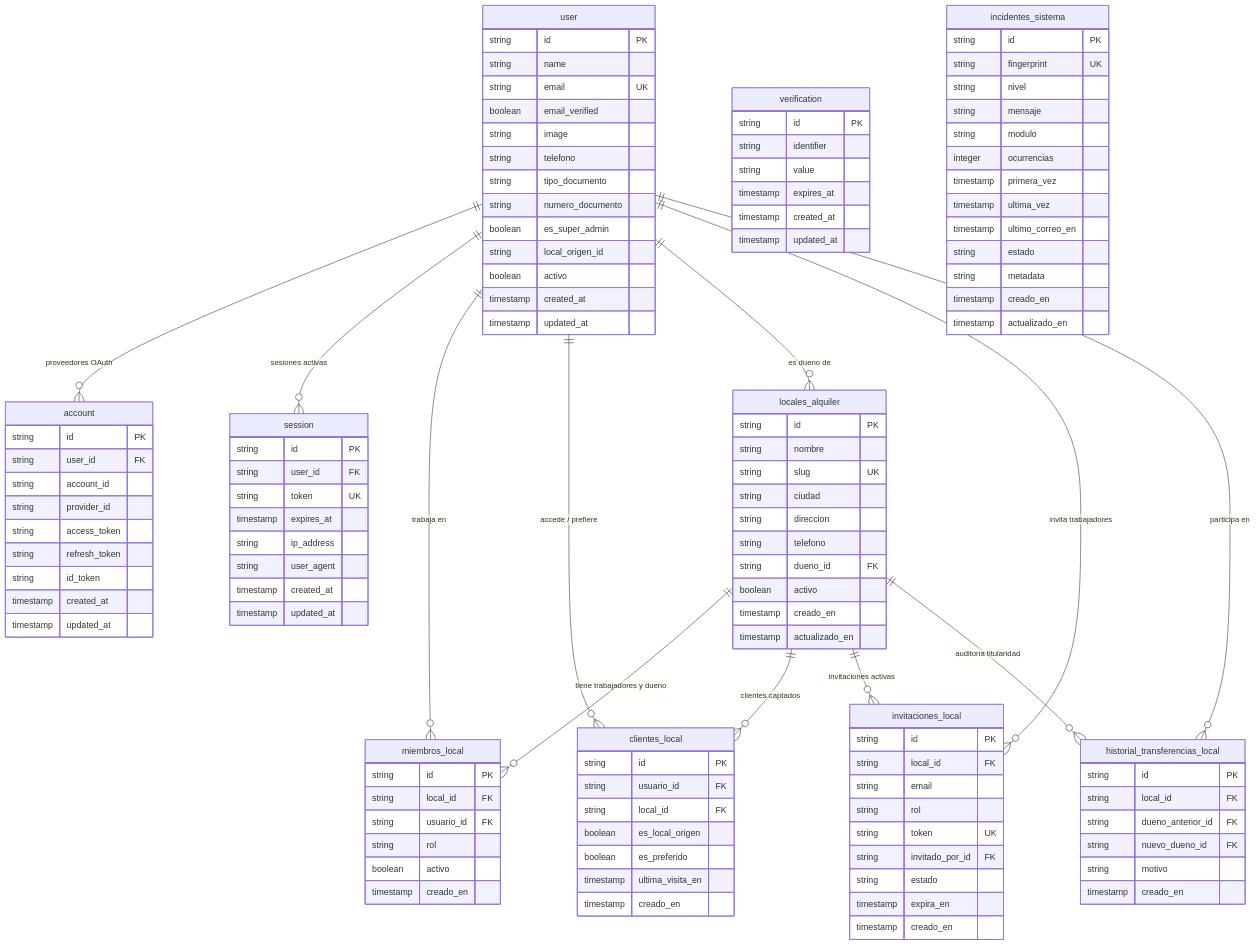
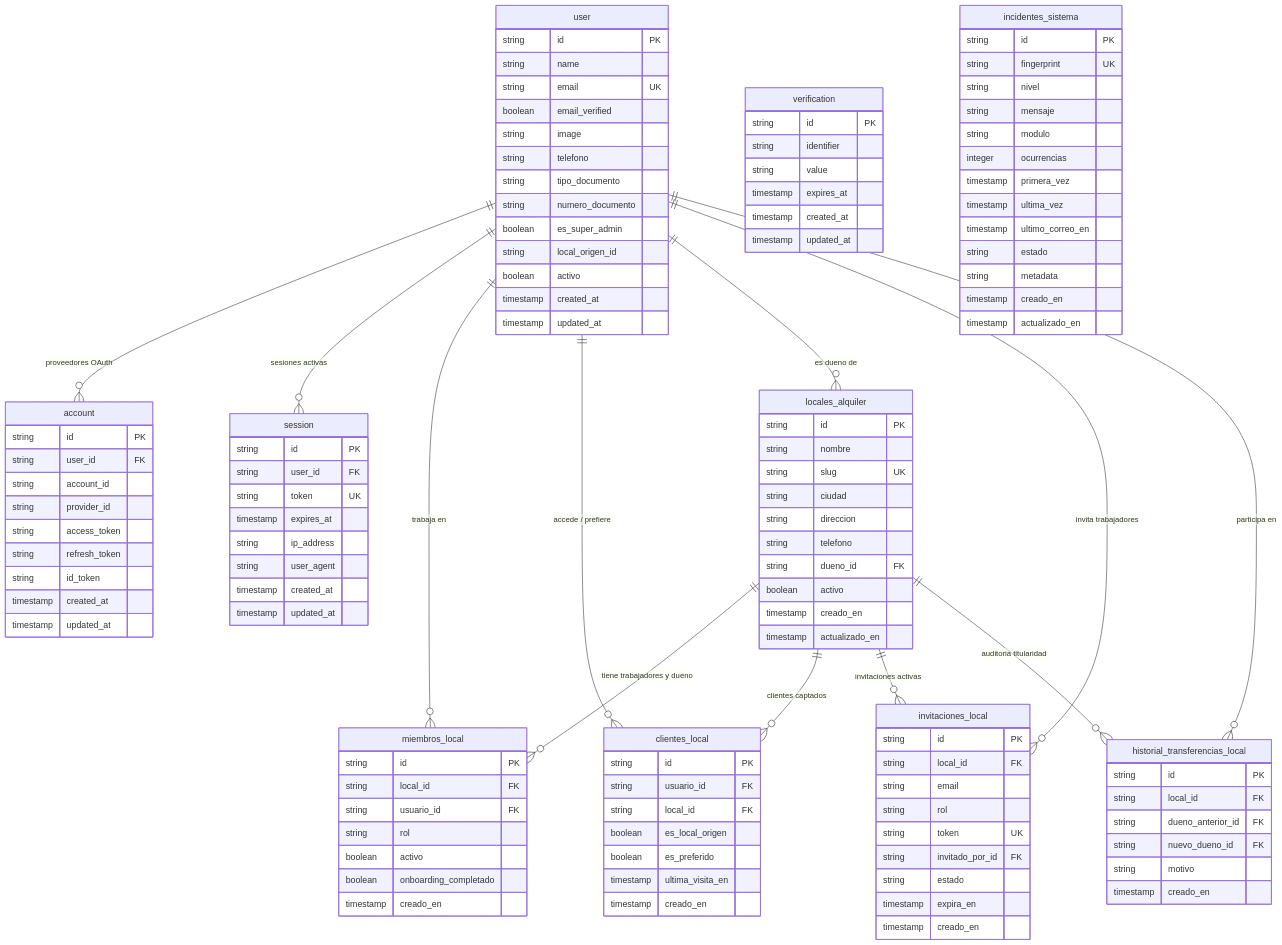
One commit to SantiagoPrada2005/flotax changed the diagram in docs/database.md. Above: the diagram before and after it, drawn with Mermaid. The commit also changed other lines of this file and 29 other files, not shown here.

```diff
--- a/docs/database.md
+++ b/docs/database.md
@@ -252,6 +253,7 @@
         string usuario_id FK
         string rol
         boolean activo
+        boolean onboarding_completado
         timestamp creado_en
     }
 
```
